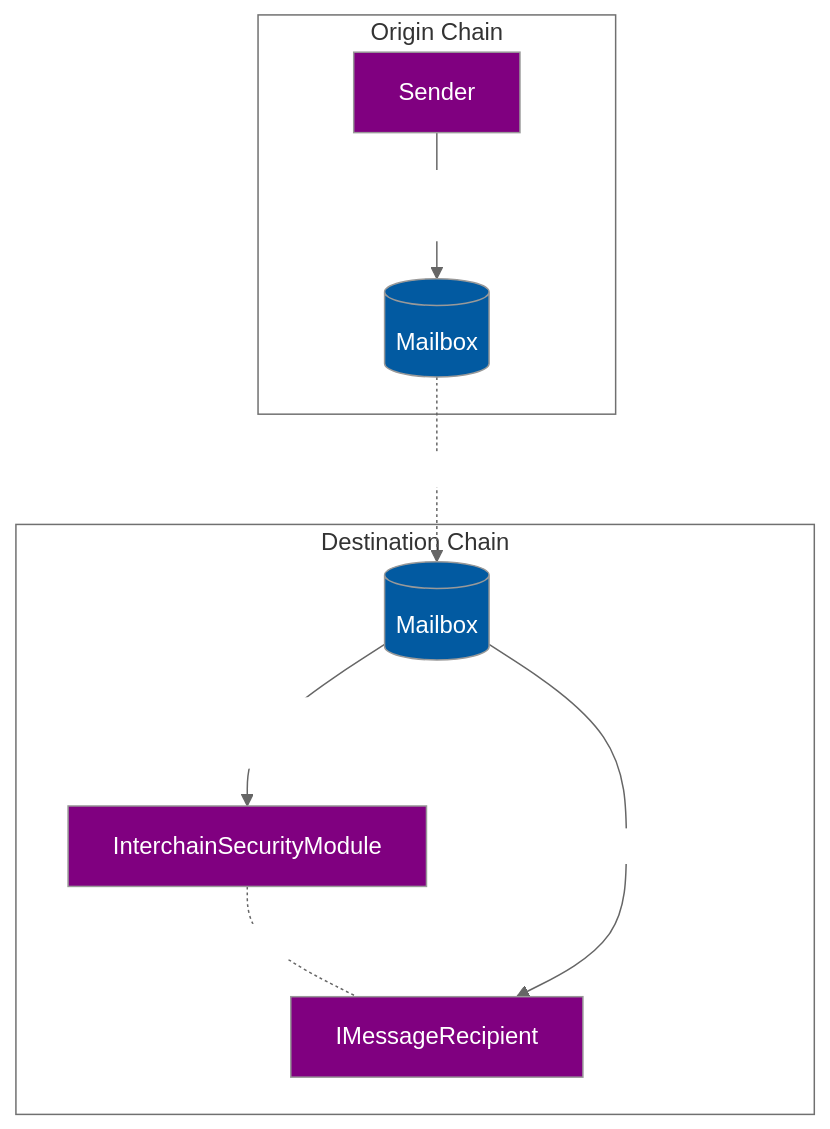
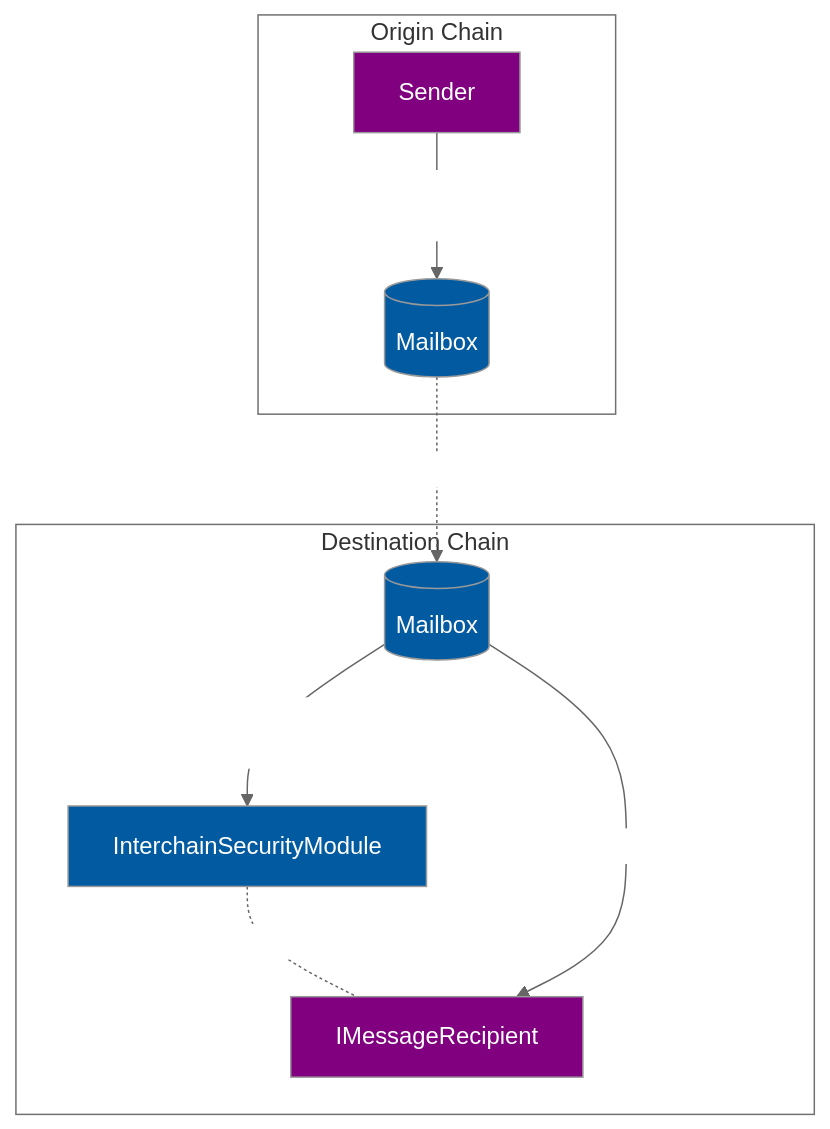
Before and after one commit to hyperlane-xyz/v2-docs: the diagram in diagrams/messaging-isms.md, drawn with Mermaid. The commit also changed 5 other files, not shown here.

Commit message:
More consistency in diagrams and styling

````diff
--- a/diagrams/messaging-isms.md
+++ b/diagrams/messaging-isms.md
@@ -1,40 +1,39 @@
 ```mermaid
 %%{ init: {
   "theme": "neutral",
   "themeVariables": {
     "mainBkg": "#025AA1",
     "textColor": "white",
     "clusterBkg": "white"
   },
   "themeCSS": ".edgeLabel { color: black }"
 }}%%
 
 flowchart TB
     subgraph Origin Chain
       Sender
       M_O[(Mailbox)]
       Sender -- "dispatch(destination, recipient, body)" --> M_O
     end
 
     subgraph Destination Chain
       ISM[InterchainSecurityModule]
       Recipient[IMessageRecipient]
       M_D[(Mailbox)]
 
       M_D -- "verify(metadata, [origin, sender, body])" --> ISM
       ISM -. "interchainSecurityModule()" .- Recipient
       M_D -- "handle(origin, sender, body)" --> Recipient
 
     end
 
     M_O -. "relay" .-> M_D
 
     click M_O https://github.com/hyperlane-xyz/hyperlane-monorepo/blob/main/solidity/contracts/Mailbox.sol
     click ISM https://github.com/hyperlane-xyz/hyperlane-monorepo/blob/main/solidity/contracts/isms/InterchainSecurityModule.sol
     click Recipient https://github.com/hyperlane-xyz/hyperlane-monorepo/blob/main/solidity/interfaces/IMessageRecipient.sol
     click M_D https://github.com/hyperlane-xyz/hyperlane-monorepo/blob/main/solidity/contracts/Mailbox.sol
 
-    style ISM fill:purple
     style Sender fill:purple
     style Recipient fill:purple
 ```
````
